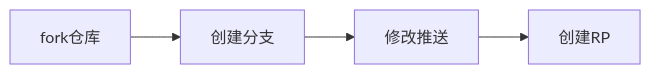
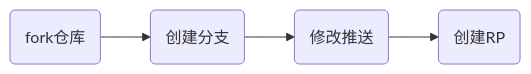
Before and after one commit to dmjcb/dmjcb.github.io: diagram 21 of 21 in _posts/software/git/2024-09-24-git使用.md, drawn with Mermaid. The commit also changed other lines of this file and 19 other files, not shown here.

````diff
--- a/_posts/software/git/2024-09-24-git使用.md
+++ b/_posts/software/git/2024-09-24-git使用.md
@@ -1080,8 +1104,8 @@
 ```mermaid
 graph LR;
-    A[fork仓库]
-    B[创建分支]
-    C[修改推送]
-    D[创建RP]
+    A(fork仓库)
+    B(创建分支)
+    C(修改推送)
+    D(创建RP)
     A-->B-->C-->D
 ```
````
